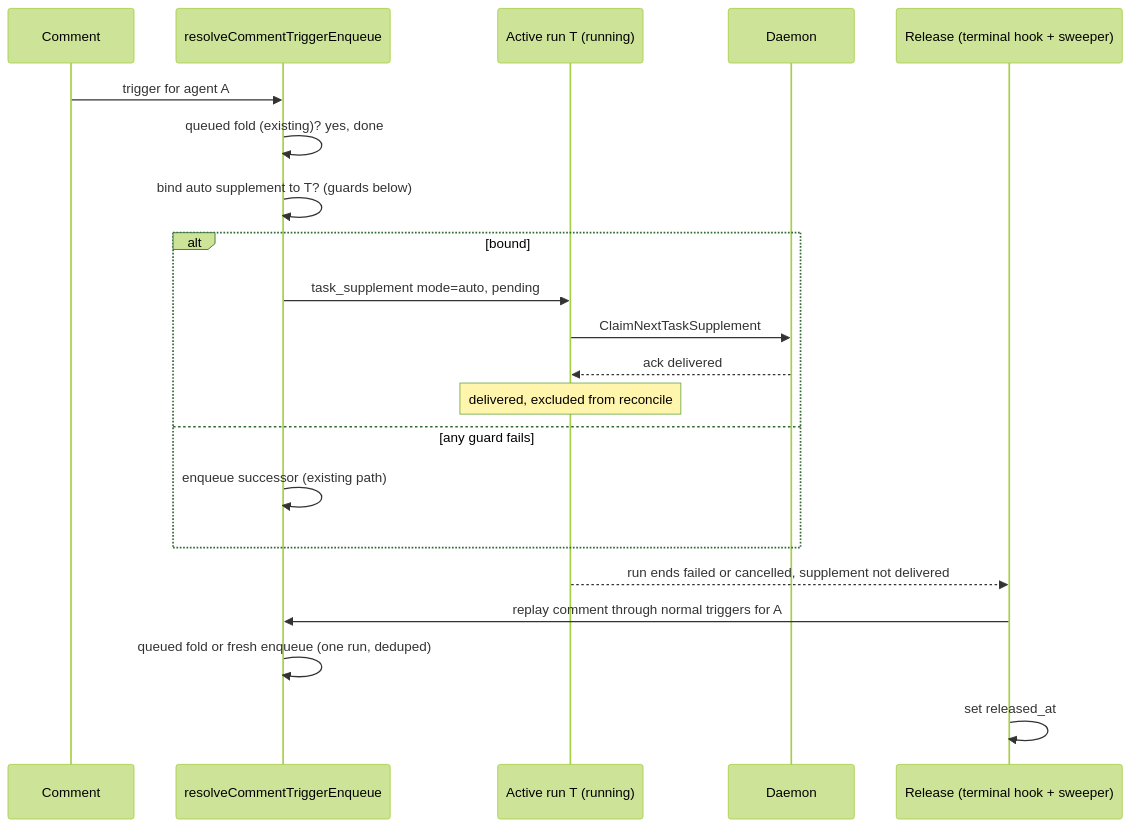
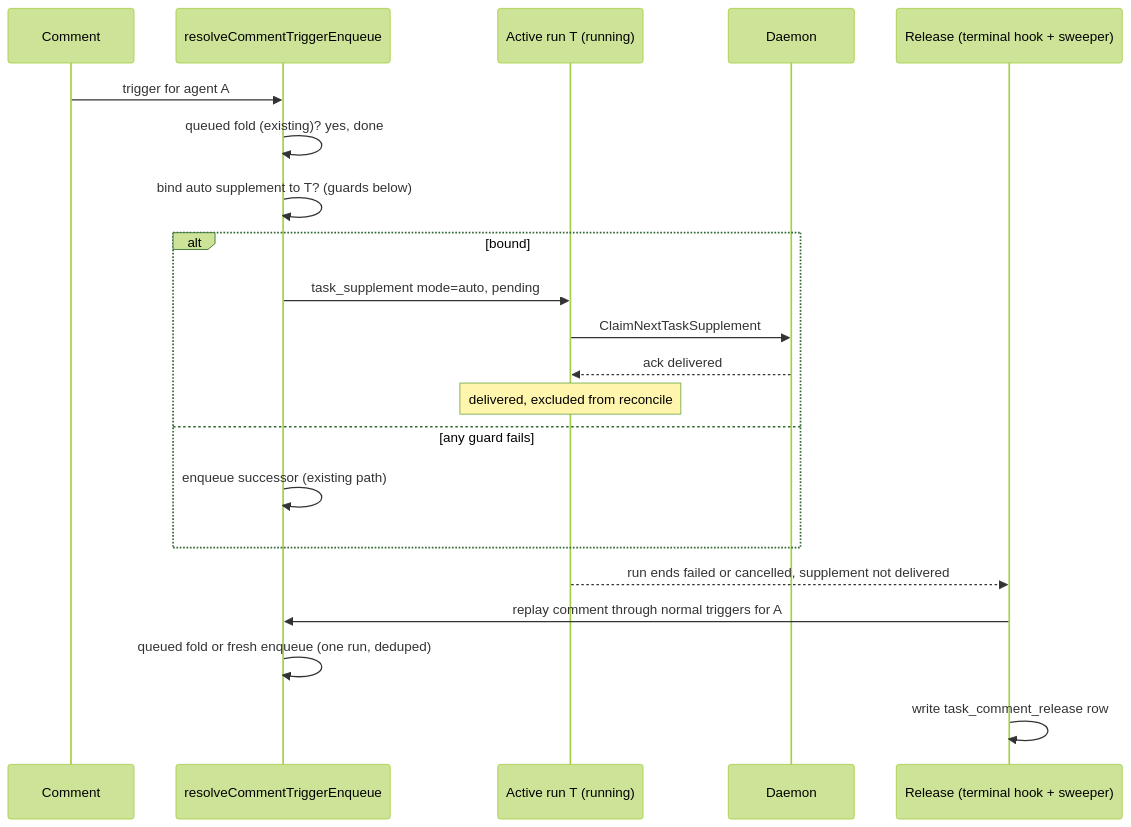
Before and after one commit to cheese-work/multica: the diagram in docs/engineering/active-run-comment-fold.md, drawn with Mermaid (forest theme).

Commit message:
docs(triggers): align fold plan diagram with release table (CHE-1442)

````diff
--- a/docs/engineering/active-run-comment-fold.md
+++ b/docs/engineering/active-run-comment-fold.md
@@ -34,23 +34,23 @@
 ```mermaid
 sequenceDiagram
     participant C as Comment
     participant R as resolveCommentTriggerEnqueue
     participant T as Active run T (running)
     participant D as Daemon
     participant X as Release (terminal hook + sweeper)
     C->>R: trigger for agent A
     R->>R: queued fold (existing)? yes, done
     R->>R: bind auto supplement to T? (guards below)
     alt bound
         R->>T: task_supplement mode=auto, pending
         T->>D: ClaimNextTaskSupplement
         D-->>T: ack delivered
         Note over T: delivered, excluded from reconcile
     else any guard fails
         R->>R: enqueue successor (existing path)
     end
     T-->>X: run ends failed or cancelled, supplement not delivered
     X->>R: replay comment through normal triggers for A
     R->>R: queued fold or fresh enqueue (one run, deduped)
-    X->>X: set released_at
+    X->>X: write task_comment_release row
 ```
````
